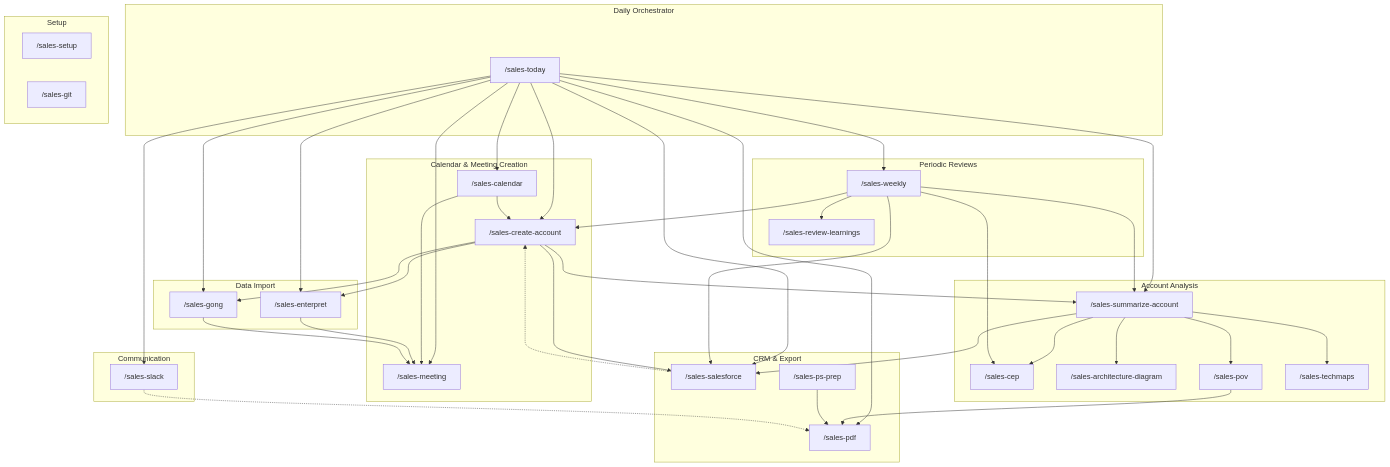
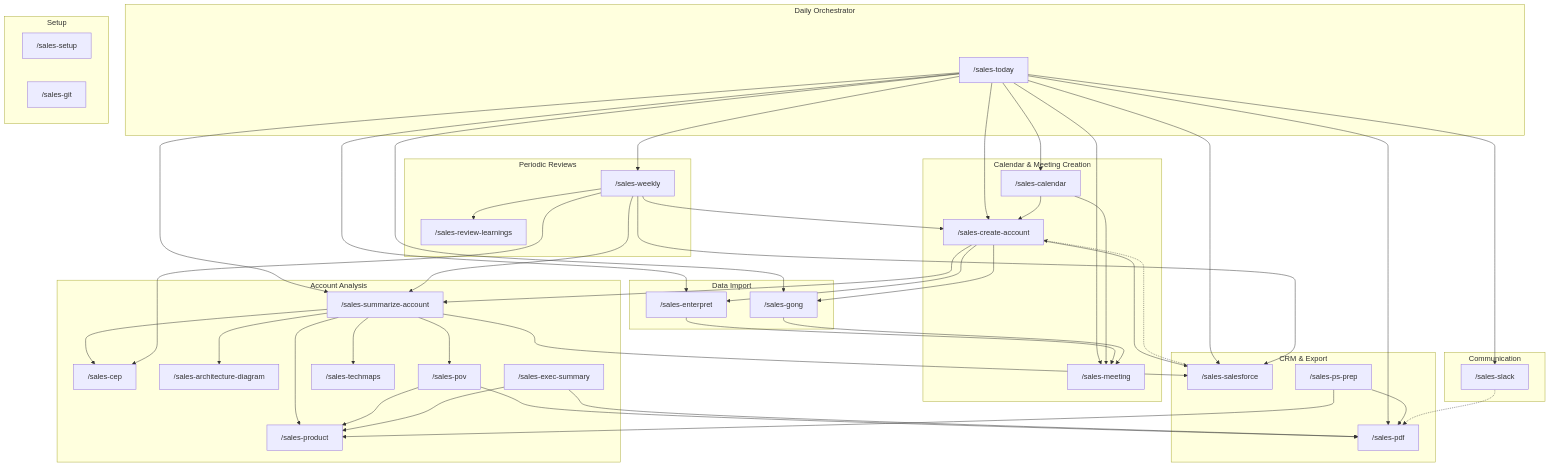
One commit to yeutterg/claude-code-sales-skills changed the first of 3 diagrams in README.md. Above: the diagram before and after it, drawn with Mermaid. The commit also changed other lines of this file and 8 other files, not shown here.

````diff
--- a/README.md
+++ b/README.md
@@ -207,6 +209,8 @@
         archdiag["/sales-architecture-diagram"]
         pov["/sales-pov"]
         techmaps["/sales-techmaps"]
+        product["/sales-product"]
+        execsum["/sales-exec-summary"]
     end
 
     subgraph "CRM & Export"
@@ -251,6 +255,7 @@
     summarize --> cep
     summarize --> archdiag
     summarize --> techmaps
+    summarize --> product
     summarize --> salesforce
     salesforce -.-> create
     weekly --> summarize
@@ -259,7 +264,11 @@
     weekly --> create
     weekly --> review
     summarize --> pov
+    pov --> product
     pov --> pdf
+    psprep --> product
     psprep --> pdf
+    execsum --> product
+    execsum --> pdf
     slack -.-> pdf
 ```
````
